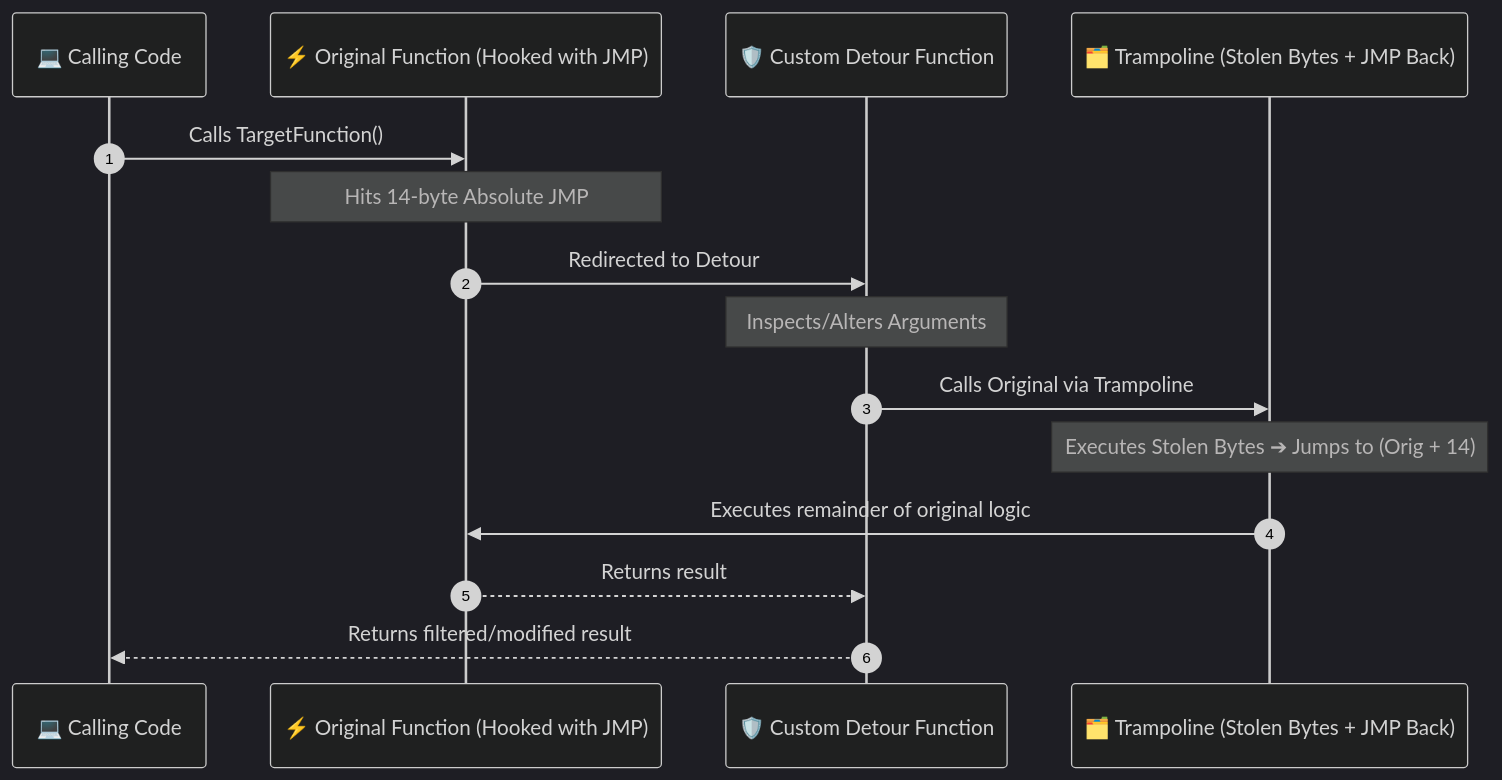
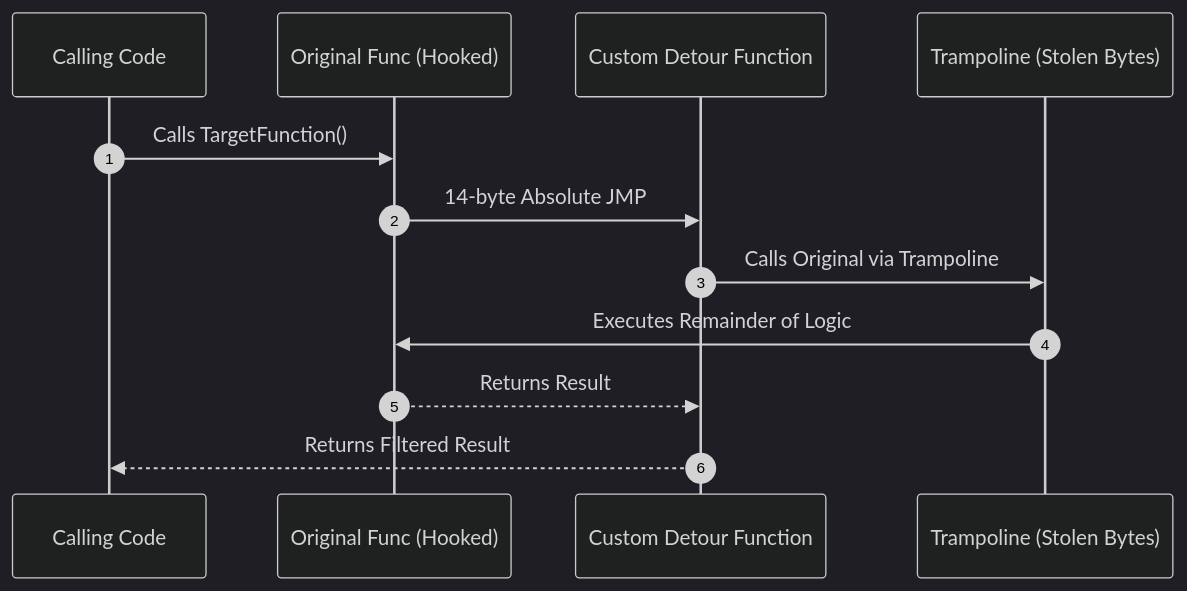
Before and after one commit to DaddyZyn/Cyber-security-notes: the third of 3 diagrams in README.md, drawn with Mermaid (dark theme). The commit also changed other lines of this file and 19 other files, not shown here.

Commit message:
fix: overhaul all Mermaid diagrams with clean vertical layouts and short line-wrapping to prevent GitHub clipping

````diff
--- a/README.md
+++ b/README.md
@@ -131,18 +117,15 @@
 ```mermaid
 sequenceDiagram
     autonumber
-    participant Caller as 💻 Calling Code
-    participant Orig as ⚡ Original Function (Hooked with JMP)
-    participant Detour as 🛡️ Custom Detour Function
-    participant Trampoline as 🗂️ Trampoline (Stolen Bytes + JMP Back)
+    participant Caller as Calling Code
+    participant Orig as Original Func (Hooked)
+    participant Detour as Custom Detour Function
+    participant Tramp as Trampoline (Stolen Bytes)
 
     Caller->>Orig: Calls TargetFunction()
-    Note over Orig: Hits 14-byte Absolute JMP
-    Orig->>Detour: Redirected to Detour
-    Note over Detour: Inspects/Alters Arguments
-    Detour->>Trampoline: Calls Original via Trampoline
-    Note over Trampoline: Executes Stolen Bytes ➔ Jumps to (Orig + 14)
-    Trampoline->>Orig: Executes remainder of original logic
-    Orig-->>Detour: Returns result
-    Detour-->>Caller: Returns filtered/modified result
+    Orig->>Detour: 14-byte Absolute JMP
+    Detour->>Tramp: Calls Original via Trampoline
+    Tramp->>Orig: Executes Remainder of Logic
+    Orig-->>Detour: Returns Result
+    Detour-->>Caller: Returns Filtered Result
 ```
````
